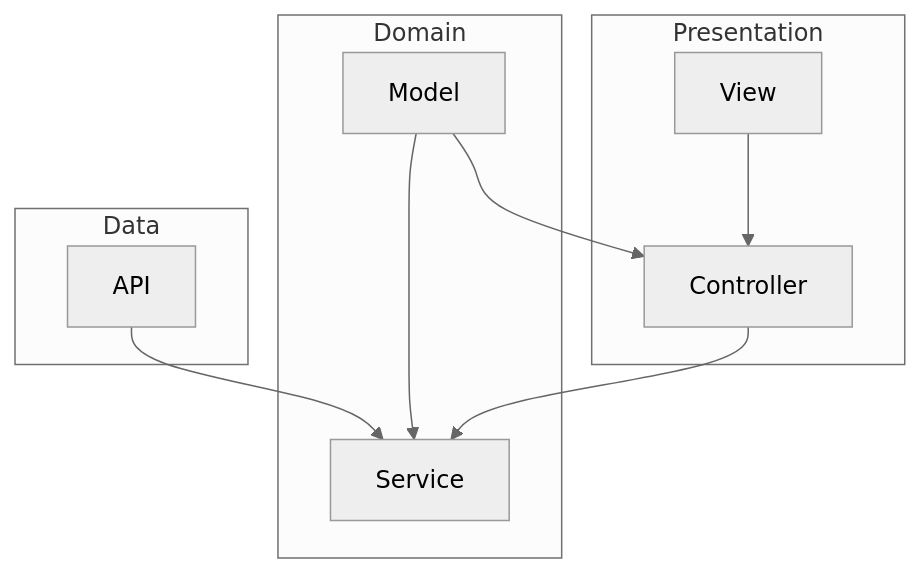
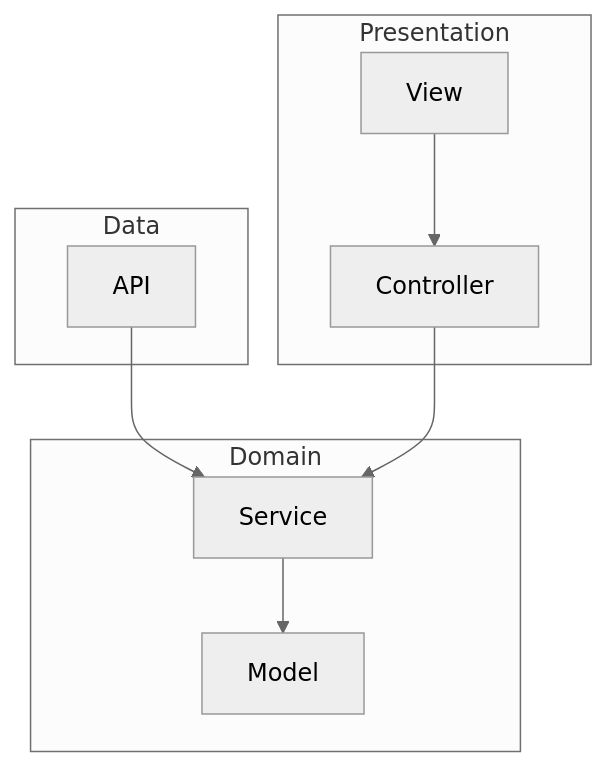
The diagram in ARCHITECTURE.md (fa0311/flutter-training), drawn with Mermaid (neutral theme) before and after one commit.

Commit message:
chore: ARCHITECTURE.md を変更する

````diff
--- a/ARCHITECTURE.md
+++ b/ARCHITECTURE.md
@@ -7,19 +7,18 @@
 ```mermaid
 flowchart TB
 
   subgraph Data
     API
   end
 
   subgraph Domain
     API　--> Service
-    Model --> Service
+    Service --> Model
   end
 
   subgraph Presentation
-    Model --> Controller
     Controller --> Service
     View --> Controller
   end
 
 ```
````
